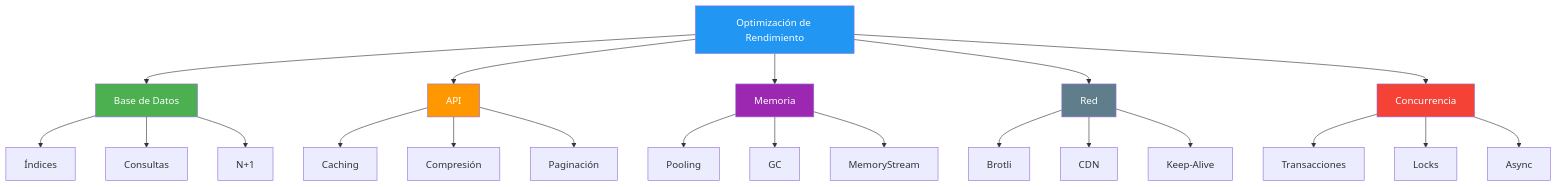
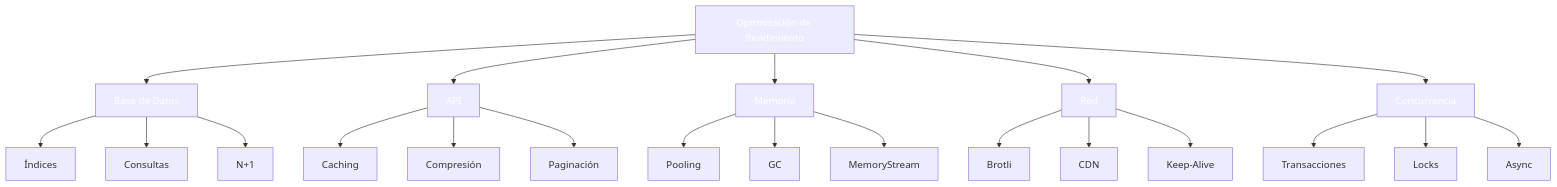
The first of 3 diagrams in 23-optimizacion.md (joseluisgs/DesarrolloWebEntornosServidor-02-2026-2027), drawn with Mermaid before and after one commit. The commit also changed other lines of this file and 41 other files, not shown here.

````diff
--- a/23-optimizacion.md
+++ b/23-optimizacion.md
@@ -61,29 +61,29 @@
 ```mermaid
 graph TD
     A["Optimización de Rendimiento"] --> B["Base de Datos"]
     A --> C["API"]
     A --> D["Memoria"]
     A --> E["Red"]
     A --> F["Concurrencia"]
     B --> B1["Índices"]
     B --> B2["Consultas"]
     B --> B3["N+1"]
     C --> C1["Caching"]
     C --> C2["Compresión"]
     C --> C3["Paginación"]
     D --> D1["Pooling"]
     D --> D2["GC"]
     D --> D3["MemoryStream"]
     E --> E1["Brotli"]
     E --> E2["CDN"]
     E --> E3["Keep-Alive"]
     F --> F1["Transacciones"]
     F --> F2["Locks"]
     F --> F3["Async"]
-    style A fill:#2196F3,color:#fff
-    style B fill:#4CAF50,color:#fff
-    style C fill:#FF9800,color:#fff
-    style D fill:#9C27B0,color:#fff
-    style E fill:#607D8B,color:#fff
-    style F fill:#f44336,color:#fff
+    style A fill:#2196F,color:#fff3,color:#fff
+    style B fill:#4CAF5,color:#fff0,color:#fff
+    style C fill:#FF980,color:#fff0,color:#fff
+    style D fill:#9C27B,color:#fff0,color:#fff
+    style E fill:#607D8,color:#fffB,color:#fff
+    style F fill:#f4433,color:#fff6,color:#fff
 ```
````
